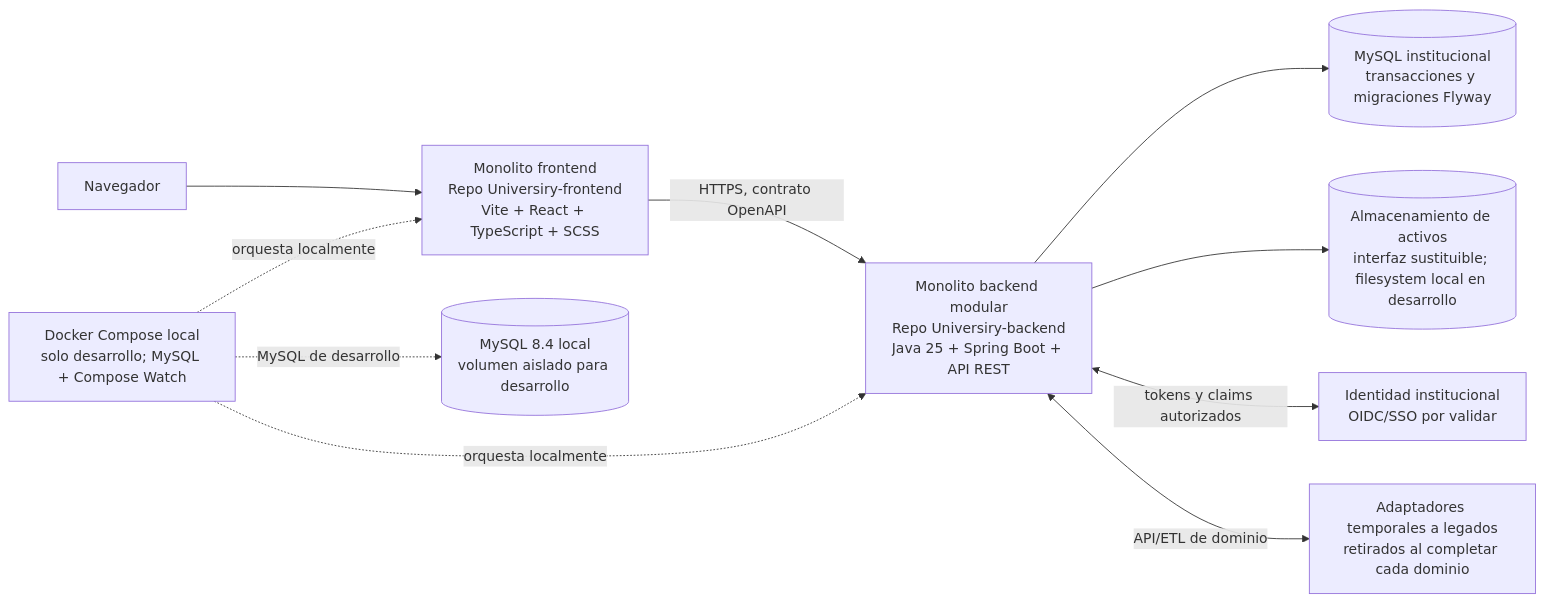
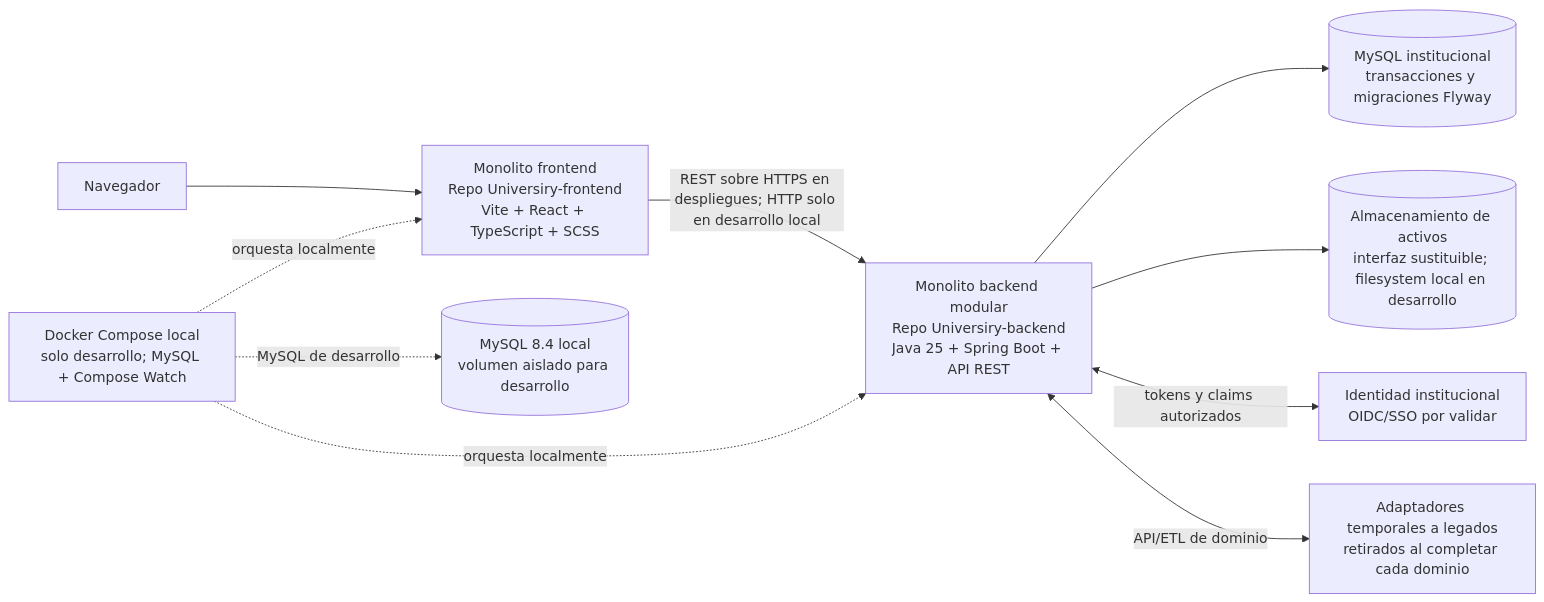
Before and after one commit to jdsalasca/open-university-backend: the second of 3 diagrams in docs/architecture/c4.md, drawn with Mermaid. The commit also changed other lines of this file and 11 other files, not shown here.

````diff
--- a/docs/architecture/c4.md
+++ b/docs/architecture/c4.md
@@ -27,22 +37,22 @@
 ```mermaid
 flowchart LR
   Browser[Navegador]
   Frontend[Monolito frontend\nRepo Universiry-frontend\nVite + React + TypeScript + SCSS]
   Backend[Monolito backend modular\nRepo Universiry-backend\nJava 25 + Spring Boot + API REST]
   DB[(MySQL institucional\ntransacciones y migraciones Flyway)]
   DevDB[(MySQL 8.4 local\nvolumen aislado para desarrollo)]
   Assets[(Almacenamiento de activos\ninterfaz sustituible; filesystem local en desarrollo)]
   IdP[Identidad institucional\nOIDC/SSO por validar]
   Legacy[Adaptadores temporales a legados\nretirados al completar cada dominio]
   DevCompose[Docker Compose local\nsolo desarrollo; MySQL + Compose Watch]
 
   Browser --> Frontend
-  Frontend -->|HTTPS, contrato OpenAPI| Backend
+  Frontend -->|REST sobre HTTPS en despliegues; HTTP solo en desarrollo local| Backend
   Backend --> DB
   Backend --> Assets
   Backend <-->|tokens y claims autorizados| IdP
   Backend <-->|API/ETL de dominio| Legacy
   DevCompose -. orquesta localmente .-> Frontend
   DevCompose -. orquesta localmente .-> Backend
   DevCompose -. MySQL de desarrollo .-> DevDB
 ```
````
